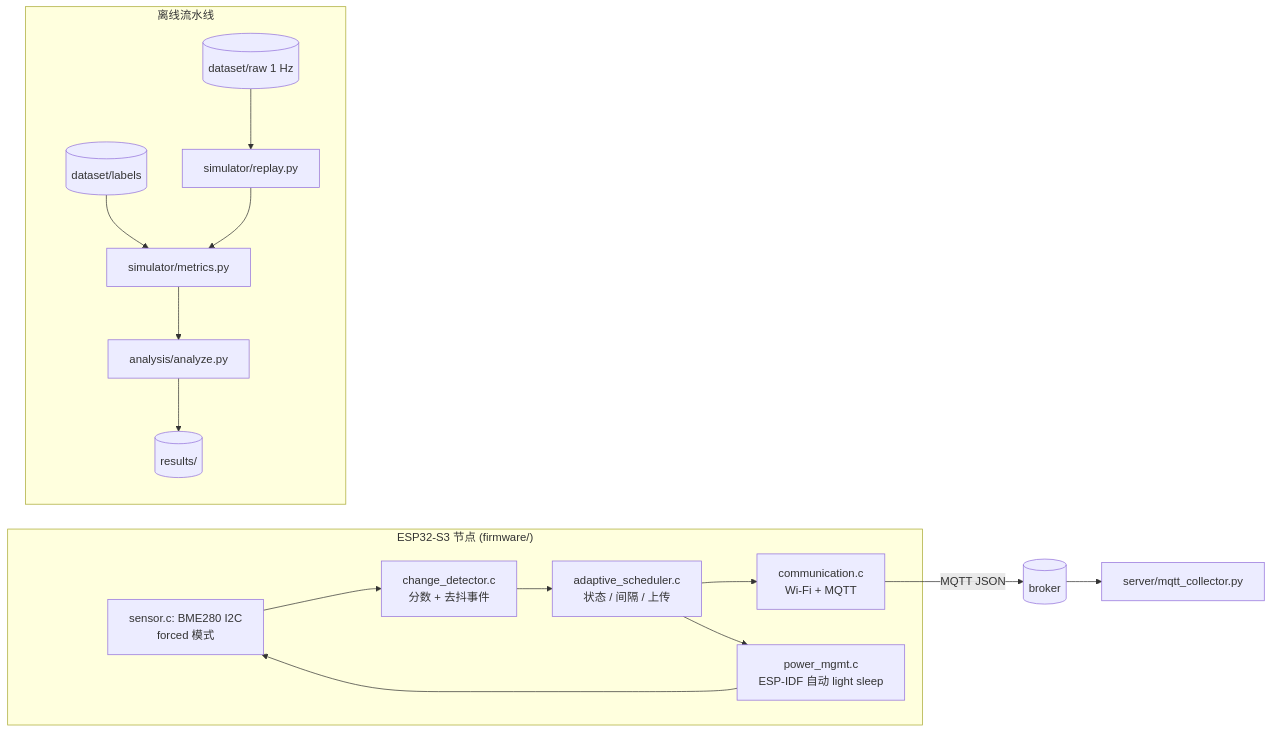
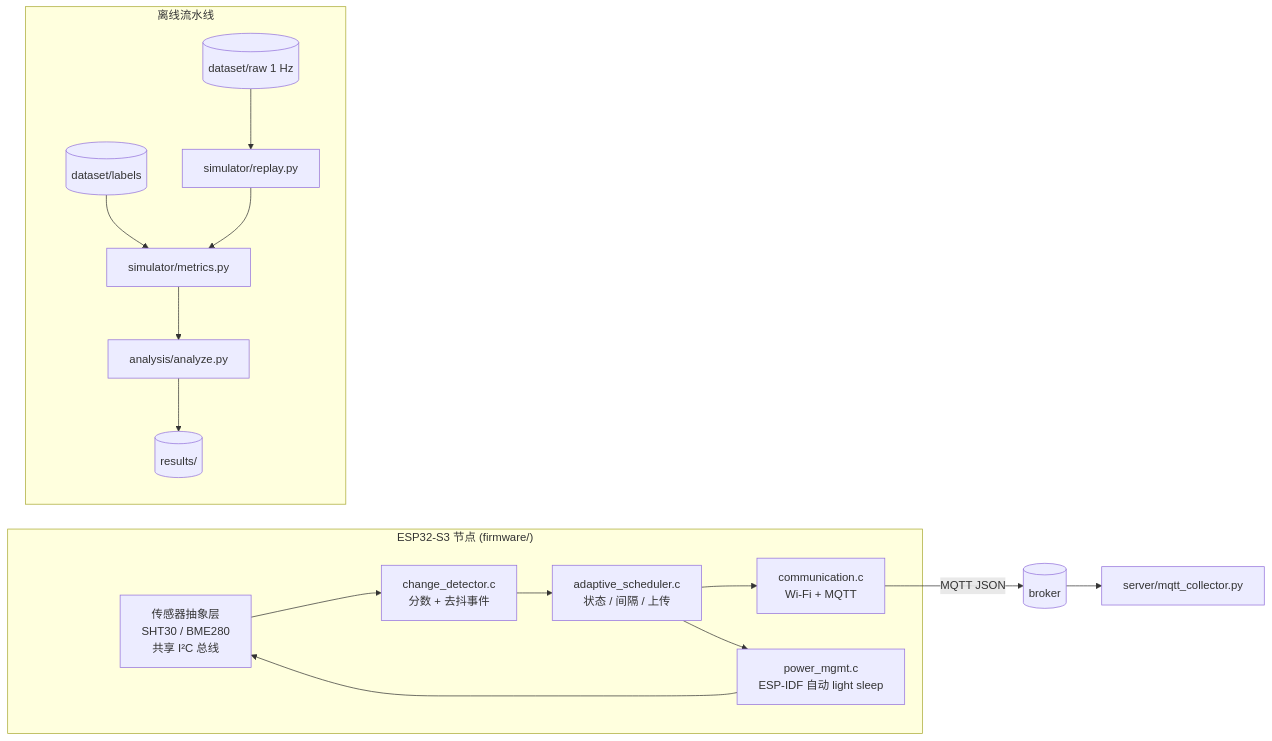
The diagram in README_zh.md (Sver0411/AdaptiveSense), drawn with Mermaid before and after one commit. The commit also changed other lines of this file and 14 other files, not shown here.

````diff
--- a/README_zh.md
+++ b/README_zh.md
@@ -42,20 +42,20 @@
 ```mermaid
 flowchart LR
     subgraph Node["ESP32-S3 节点 (firmware/)"]
-        SEN["sensor.c: BME280 I2C<br/>forced 模式"] --> CD["change_detector.c<br/>分数 + 去抖事件"]
+        SEN["传感器抽象层<br/>SHT30 / BME280<br/>共享 I²C 总线"] --> CD["change_detector.c<br/>分数 + 去抖事件"]
         CD --> AS["adaptive_scheduler.c<br/>状态 / 间隔 / 上传"]
         AS --> COMM["communication.c<br/>Wi-Fi + MQTT"]
         AS --> PM["power_mgmt.c<br/>ESP-IDF 自动 light sleep"]
         PM --> SEN
     end
     COMM -->|MQTT JSON| BROKER[(broker)]
     BROKER --> COLLECT[server/mqtt_collector.py]
 
     subgraph Analysis["离线流水线"]
         RAW[(dataset/raw 1 Hz)] --> REPLAY[simulator/replay.py]
         LAB[(dataset/labels)] --> MET[simulator/metrics.py]
         REPLAY --> MET
         MET --> ANA[analysis/analyze.py]
         ANA --> RES[(results/)]
     end
 ```
````
